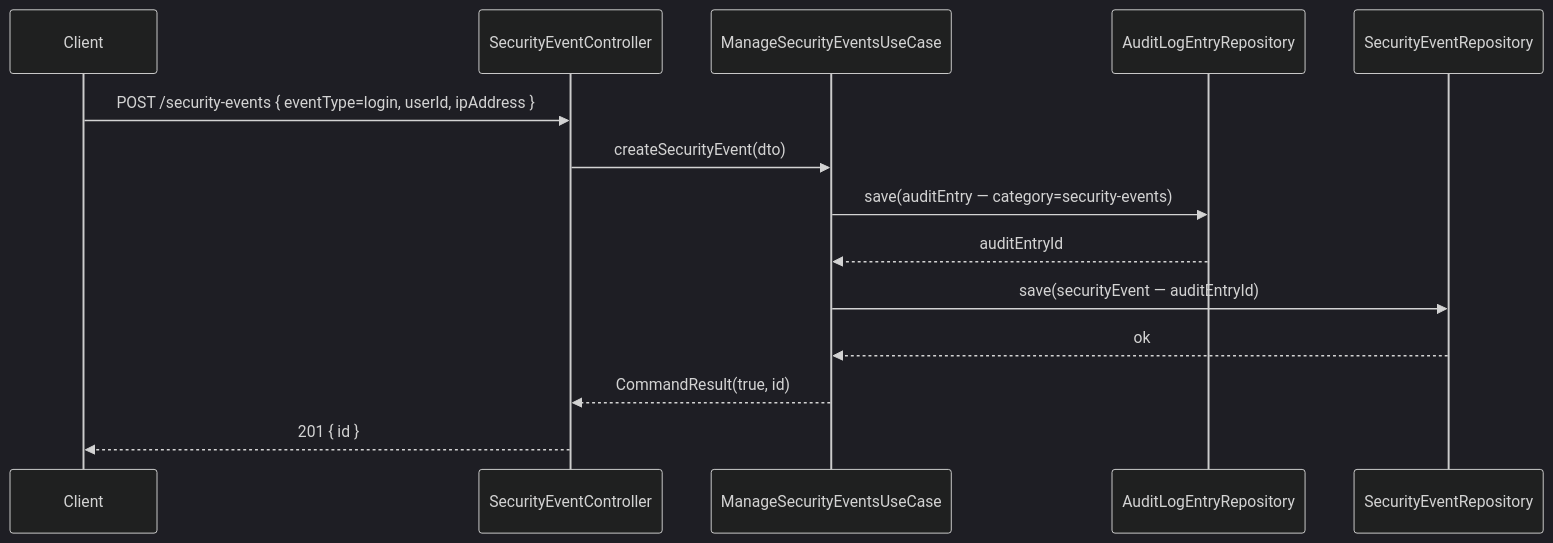
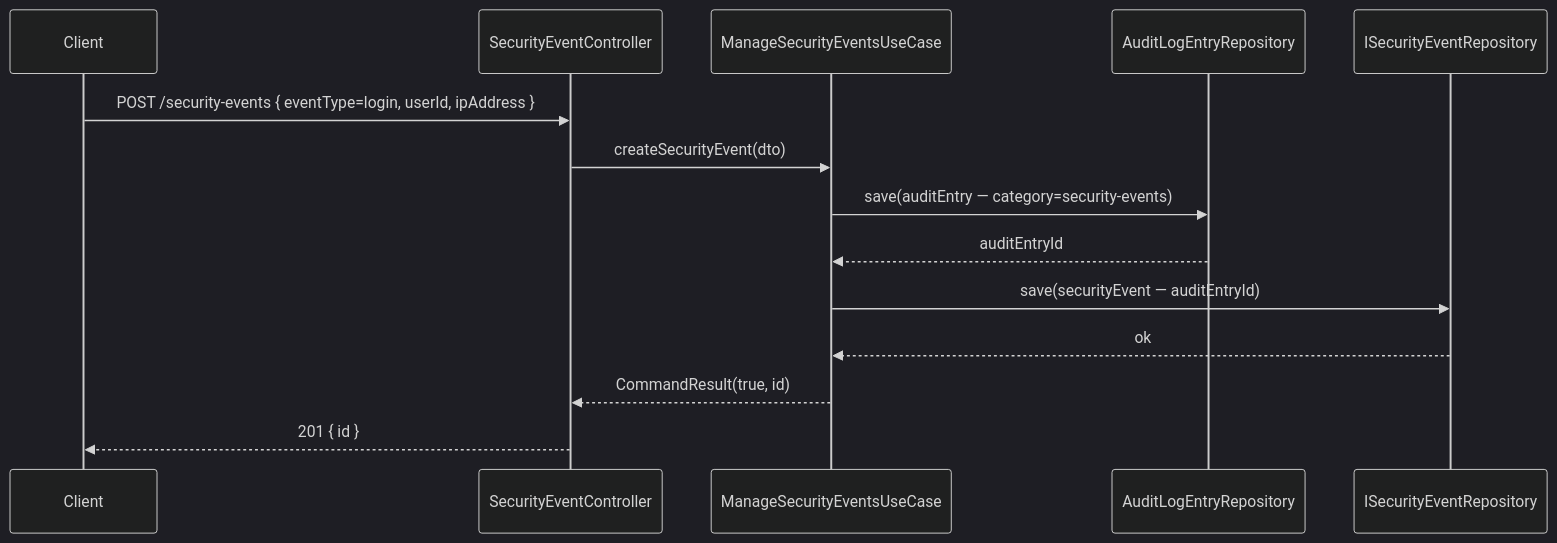
The third of 4 diagrams in auditlog/UML.md (UIMSolutions/uim-platform), drawn with Mermaid (dark theme) before and after one commit. The commit also changed 46 other files, not shown here.

````diff
--- a/auditlog/UML.md
+++ b/auditlog/UML.md
@@ -147,17 +147,17 @@
 ```mermaid
 sequenceDiagram
     participant Client
     participant SEC as SecurityEventController
     participant SUC as ManageSecurityEventsUseCase
     participant AR as AuditLogEntryRepository
-    participant SR as SecurityEventRepository
+    participant SR as ISecurityEventRepository
 
     Client->>SEC: POST /security-events { eventType=login, userId, ipAddress }
     SEC->>SUC: createSecurityEvent(dto)
     SUC->>AR: save(auditEntry — category=security-events)
     AR-->>SUC: auditEntryId
     SUC->>SR: save(securityEvent — auditEntryId)
     SR-->>SUC: ok
     SUC-->>SEC: CommandResult(true, id)
     SEC-->>Client: 201 { id }
 ```
````
